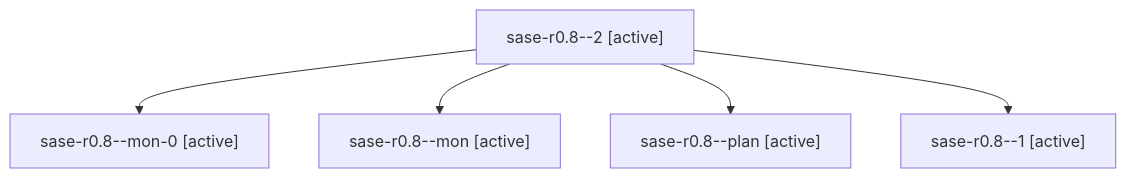
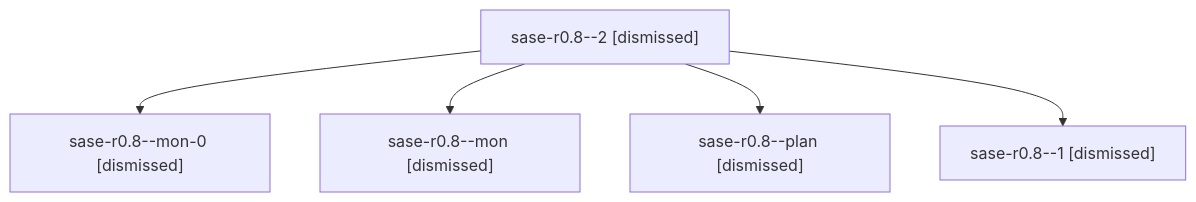
Before and after one commit to sase-org/sase--agents: the diagram in sessions/bbugyi200.athena.sase-r0.8.md, drawn with Mermaid. The commit also changed other lines of this file and 150 other files, not shown here.

````diff
--- a/sessions/bbugyi200.athena.sase-r0.8.md
+++ b/sessions/bbugyi200.athena.sase-r0.8.md
@@ -9,12 +9,12 @@
 ```mermaid
 flowchart TD
-  n0["sase-r0.8--2 [active]"]
-  n1["sase-r0.8--mon-0 [active]"]
+  n0["sase-r0.8--2 [dismissed]"]
+  n1["sase-r0.8--mon-0 [dismissed]"]
   n0 --> n1
-  n2["sase-r0.8--mon [active]"]
+  n2["sase-r0.8--mon [dismissed]"]
   n0 --> n2
-  n3["sase-r0.8--plan [active]"]
+  n3["sase-r0.8--plan [dismissed]"]
   n0 --> n3
-  n4["sase-r0.8--1 [active]"]
+  n4["sase-r0.8--1 [dismissed]"]
   n0 --> n4
 ```
````
